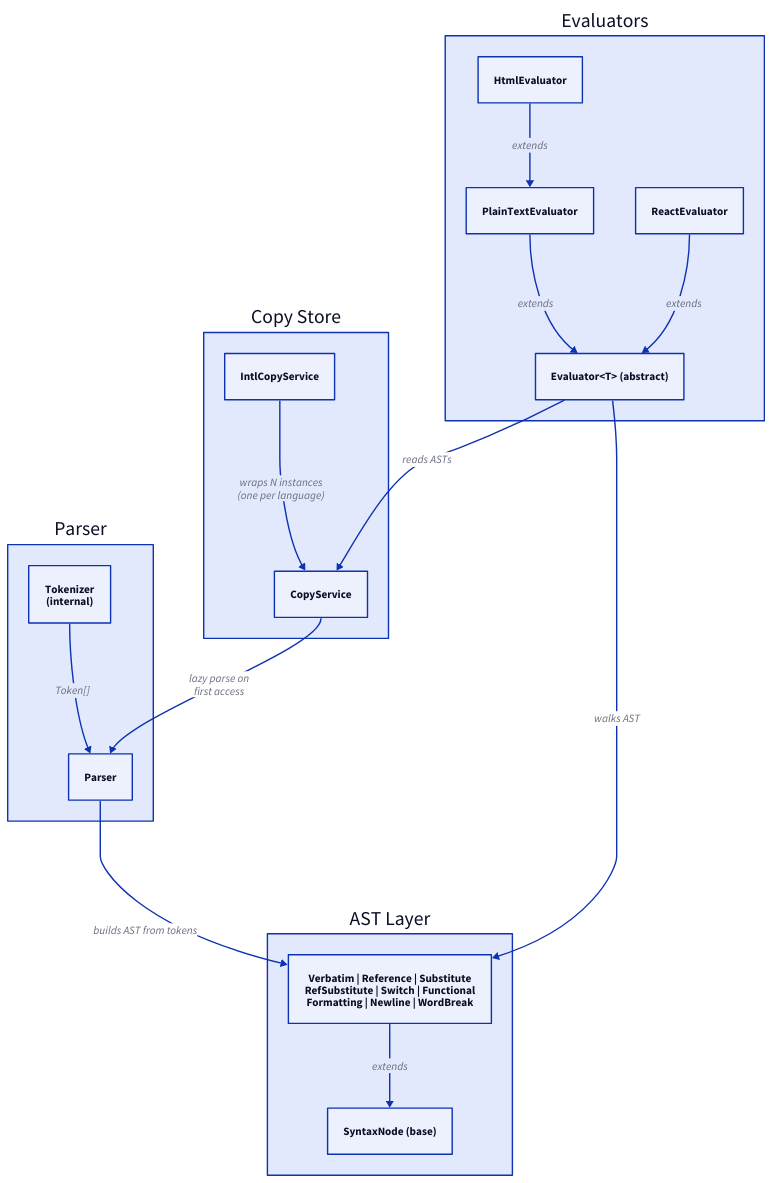
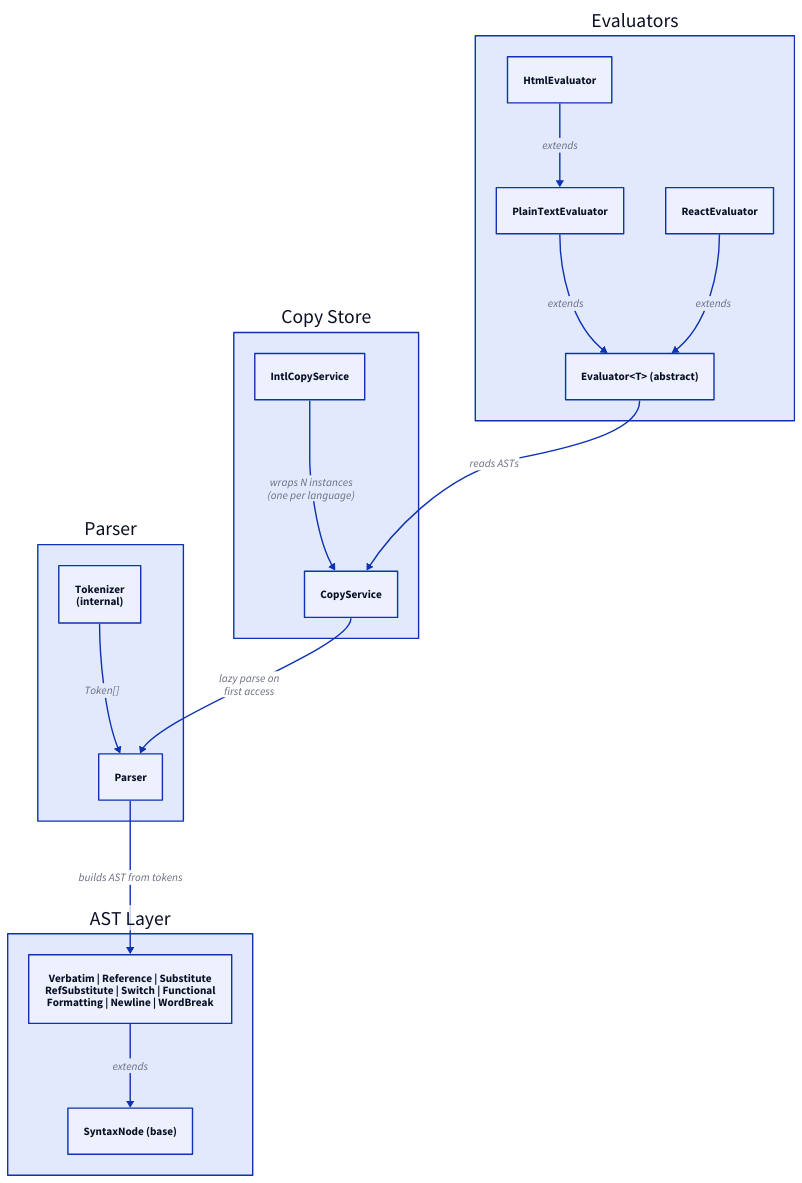
The diagram in .github/docs/README.md (NextCapital/copy-service), drawn with D2 before and after one commit. The commit also changed other lines of this file and 19 other files, not shown here.

Commit message:
(COPILOT) Consolidate and streamline .github/docs architecture documentation [ENG-18373]

````diff
--- a/.github/docs/README.md
+++ b/.github/docs/README.md
@@ -19,40 +18,39 @@
 ```d2
 direction: down
 
 Copy Store: {
   CopyService: CopyService
   IntlCopyService: IntlCopyService
 
   IntlCopyService -> CopyService: "wraps N instances\n(one per language)"
 }
 
 Parser: {
   parser: Parser
   tokenizer: "Tokenizer\n(internal)"
 
   tokenizer -> parser: "Token[]"
 }
 
 AST Layer: {
   SyntaxNode: "SyntaxNode (base)"
   nodes: "Verbatim | Reference | Substitute\nRefSubstitute | Switch | Functional\nFormatting | Newline | WordBreak"
 
   nodes -> SyntaxNode: "extends"
 }
 
 Evaluators: {
   Evaluator: "Evaluator<T> (abstract)"
   PlainText: PlainTextEvaluator
   Html: HtmlEvaluator
   ReactEval: ReactEvaluator
 
   PlainText -> Evaluator: extends
   Html -> PlainText: extends
   ReactEval -> Evaluator: extends
 }
 
 Copy Store.CopyService -> Parser.parser: "lazy parse on\nfirst access"
 Parser.parser -> AST Layer.nodes: "builds AST from tokens"
 Evaluators.Evaluator -> Copy Store.CopyService: "reads ASTs"
-Evaluators.Evaluator -> AST Layer.nodes: "walks AST"
 ```
````
